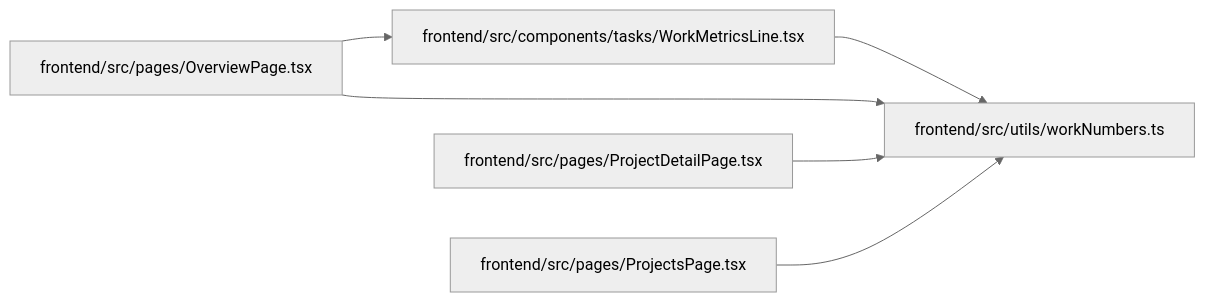
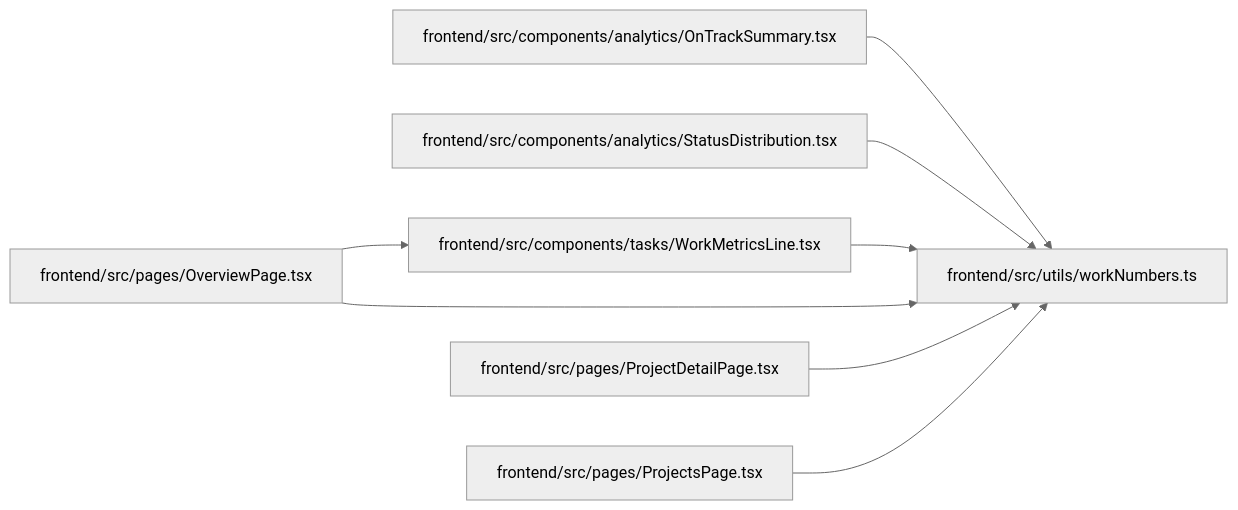
The diagram in docs/llm_wiki/modules/workNumbers.md (Denissvgn/WorkChord), drawn with Mermaid (neutral theme) before and after one commit. The commit also changed other lines of this file and 392 other files, not shown here.

````diff
--- a/docs/llm_wiki/modules/workNumbers.md
+++ b/docs/llm_wiki/modules/workNumbers.md
@@ -22,18 +22,24 @@
 ```mermaid
 flowchart LR
-    n0["frontend/src/components/tasks/WorkMetricsLine.tsx"]
-    n1["frontend/src/pages/OverviewPage.tsx"]
-    n2["frontend/src/pages/ProjectDetailPage.tsx"]
-    n3["frontend/src/pages/ProjectsPage.tsx"]
-    n4["frontend/src/utils/workNumbers.ts"]
-    n0 --> n4
-    n1 --> n0
-    n1 --> n4
-    n2 --> n4
-    n3 --> n4
-    click n0 "../modules/WorkMetricsLine.md"
-    click n1 "../modules/OverviewPage.md"
-    click n2 "../modules/ProjectDetailPage.md"
-    click n3 "../modules/ProjectsPage.md"
-    click n4 "../modules/workNumbers.md"
+    n0["frontend/src/components/analytics/OnTrackSummary.tsx"]
+    n1["frontend/src/components/analytics/StatusDistribution.tsx"]
+    n2["frontend/src/components/tasks/WorkMetricsLine.tsx"]
+    n3["frontend/src/pages/OverviewPage.tsx"]
+    n4["frontend/src/pages/ProjectDetailPage.tsx"]
+    n5["frontend/src/pages/ProjectsPage.tsx"]
+    n6["frontend/src/utils/workNumbers.ts"]
+    n0 --> n6
+    n1 --> n6
+    n2 --> n6
+    n3 --> n2
+    n3 --> n6
+    n4 --> n6
+    n5 --> n6
+    click n0 "../modules/OnTrackSummary.md"
+    click n1 "../modules/StatusDistribution.md"
+    click n2 "../modules/WorkMetricsLine.md"
+    click n3 "../modules/OverviewPage.md"
+    click n4 "../modules/ProjectDetailPage.md"
+    click n5 "../modules/ProjectsPage.md"
+    click n6 "../modules/workNumbers.md"
 ```
````
